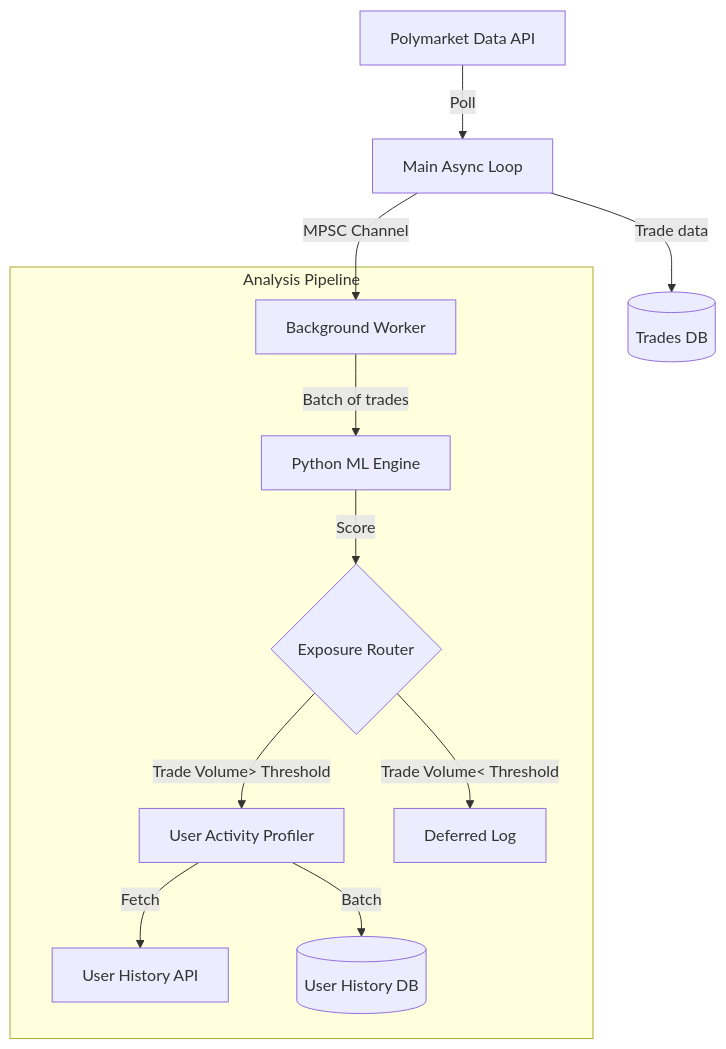
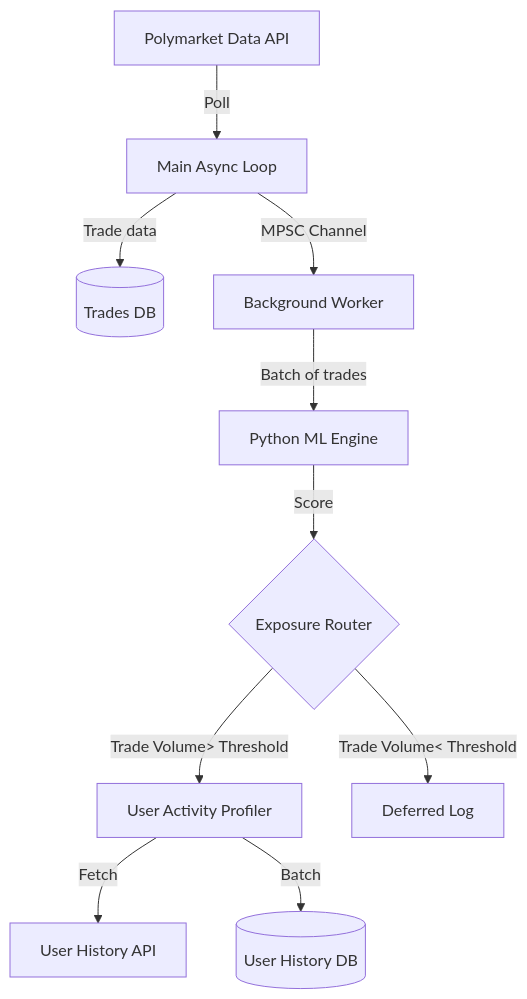
The diagram in README.md (FrancescoMussin/pmit), drawn with Mermaid before and after one commit. The commit also changed other lines of this file, not shown here.

Commit message:
i don't want to fight with mermaid anymore

````diff
--- a/README.md
+++ b/README.md
@@ -32,15 +32,13 @@
 ```mermaid
 graph TD
    API[Polymarket Data API] -->|Poll| Loop[Main Async Loop]
    Loop -->|Trade data| DB1[(Trades DB)]
    Loop -->|MPSC Channel| Worker[Background Worker]
 
-   subgraph Analysis Pipeline
-      Worker -->|Batch of trades| ML[Python ML Engine]
-      ML -->|Score| Router{Exposure Router}
-      Router -->|Trade Volume> Threshold| Profiler[User Activity Profiler]
-      Router -->|Trade Volume< Threshold| Log[Deferred Log]
-      Profiler -->|Fetch| Hist[User History API]
-      Profiler -->|Batch| DB2[(User History DB)]
-   end
+   Worker -->|Batch of trades| ML[Python ML Engine]
+   ML -->|Score| Router{Exposure Router}
+   Router -->|Trade Volume> Threshold| Profiler[User Activity Profiler]
+   Router -->|Trade Volume< Threshold| Log[Deferred Log]
+   Profiler -->|Fetch| Hist[User History API]
+   Profiler -->|Batch| DB2[(User History DB)]
 ```
````
